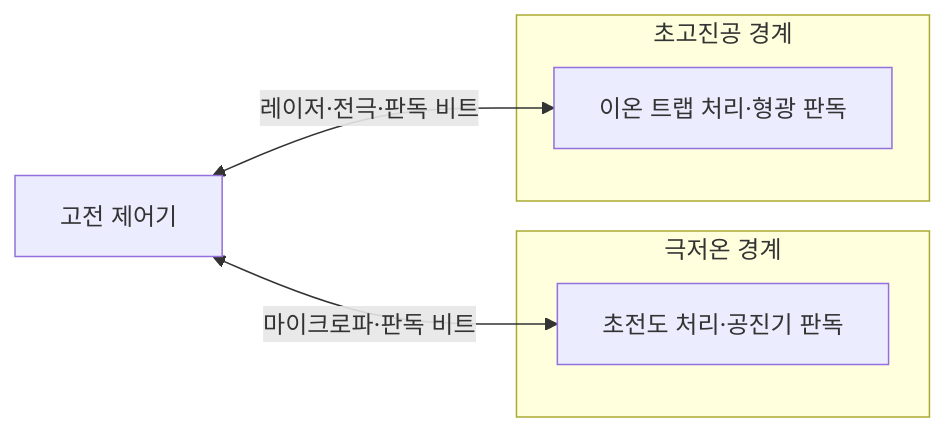
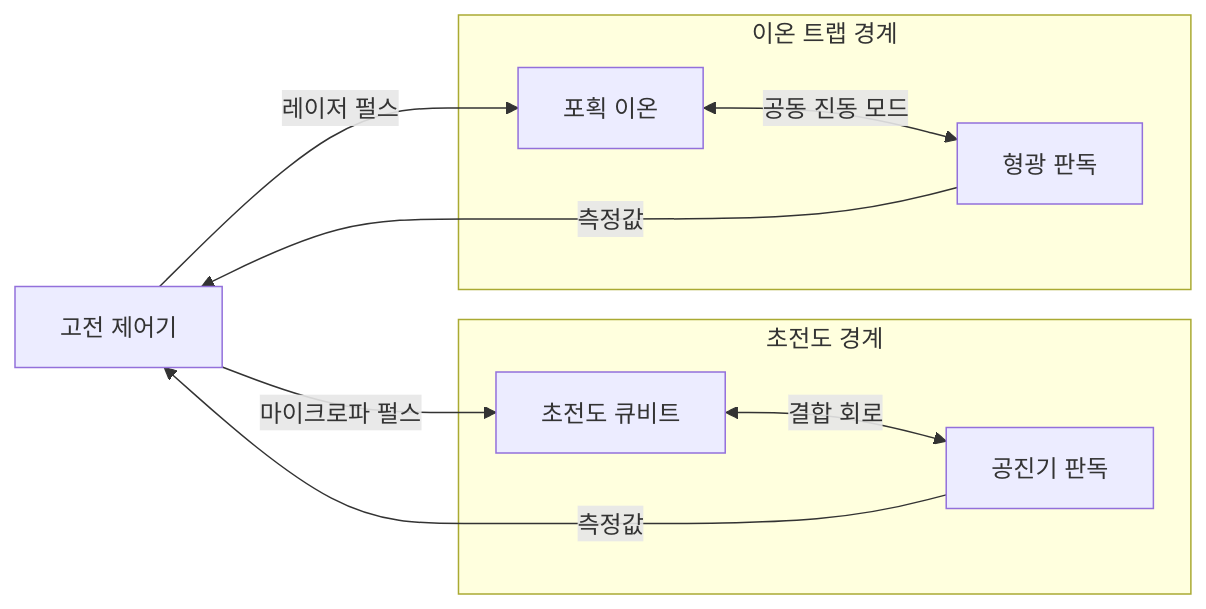
Before and after one commit to agnusdei1207/knowledge-base: the diagram in src/content/docs/notes/02-hardware/073_quantum_processor_technologies.md, drawn with Mermaid. The commit also changed other lines of this file and 6 other files, not shown here.

````diff
--- a/src/content/docs/notes/02-hardware/073_quantum_processor_technologies.md
+++ b/src/content/docs/notes/02-hardware/073_quantum_processor_technologies.md
@@ -67,12 +57,14 @@
 ```mermaid
 flowchart LR
-    C["고전 제어기"]
-    subgraph SC["극저온 경계"]
-        S["초전도 처리·공진기 판독"]
+    C[고전 제어기]
+    subgraph S["초전도 경계"]
+        SQ[초전도 큐비트] <-->|결합 회로| SR[공진기 판독]
     end
-    subgraph IC["초고진공 경계"]
-        I["이온 트랩 처리·형광 판독"]
+    subgraph I["이온 트랩 경계"]
+        IQ[포획 이온] <-->|공동 진동 모드| IR[형광 판독]
     end
-    C <-->|"마이크로파·판독 비트"| S
-    C <-->|"레이저·전극·판독 비트"| I
+    C -->|마이크로파 펄스| SQ
+    C -->|레이저 펄스| IQ
+    SR -->|측정값| C
+    IR -->|측정값| C
 ```
````
